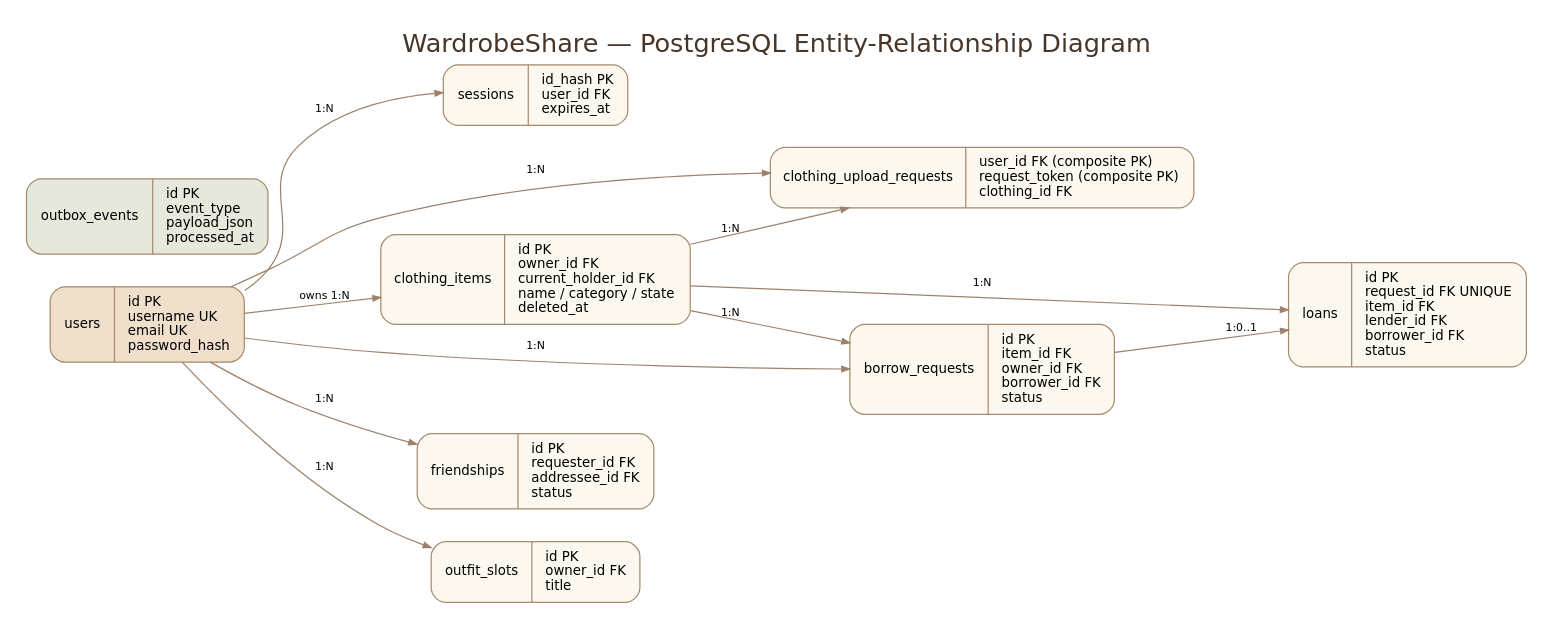
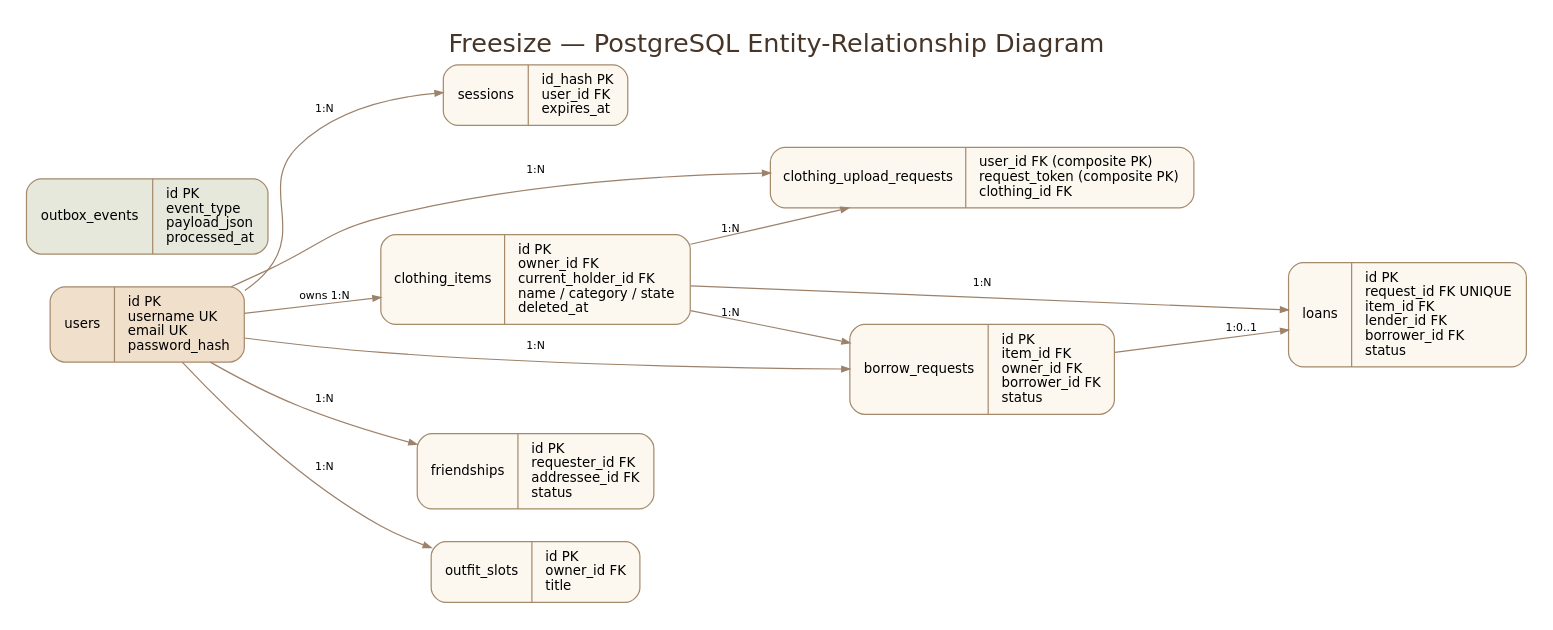
One commit to ratamon2606-create/freesize changed the diagram in docs/diagrams/sql_erd.dot. Above: the diagram before and after it, drawn with Graphviz. The commit also changed 8 other files, not shown here.

Commit message:
docs: rename diagrams from WardrobeShare to Freesize

```diff
--- a/docs/diagrams/sql_erd.dot
+++ b/docs/diagrams/sql_erd.dot
@@ -1,24 +1,24 @@
 digraph ER {
- graph [rankdir=LR, bgcolor="white", pad="0.2", nodesep="0.36", ranksep="0.7", label="WardrobeShare — PostgreSQL Entity-Relationship Diagram", labelloc=t, fontsize=21, fontname="DejaVu Sans", fontcolor="#473528"];
+ graph [rankdir=LR, bgcolor="white", pad="0.2", nodesep="0.36", ranksep="0.7", label="Freesize — PostgreSQL Entity-Relationship Diagram", labelloc=t, fontsize=21, fontname="DejaVu Sans", fontcolor="#473528"];
  node [shape=record, style="rounded,filled", fontname="DejaVu Sans",fontsize=11, color="#A58A6B", fillcolor="#FCF7EF",margin="0.15,0.1"];
  edge [color="#9D826B",arrowsize=0.65,fontsize=9,fontname="DejaVu Sans"];
  users [label="{users|id PK\lusername UK\lemail UK\lpassword_hash\l}",fillcolor="#F0DFCA"];
  sessions [label="{sessions|id_hash PK\luser_id FK\lexpires_at\l}"];
  clothing_items [label="{clothing_items|id PK\lowner_id FK\lcurrent_holder_id FK\lname / category / state\ldeleted_at\l}"];
  clothing_upload_requests [label="{clothing_upload_requests|user_id FK (composite PK)\lrequest_token (composite PK)\lclothing_id FK\l}"];
  friendships [label="{friendships|id PK\lrequester_id FK\laddressee_id FK\lstatus\l}"];
  outfit_slots [label="{outfit_slots|id PK\lowner_id FK\ltitle\l}"];
  borrow_requests [label="{borrow_requests|id PK\litem_id FK\lowner_id FK\lborrower_id FK\lstatus\l}"];
  loans [label="{loans|id PK\lrequest_id FK UNIQUE\litem_id FK\llender_id FK\lborrower_id FK\lstatus\l}"];
  outbox_events [label="{outbox_events|id PK\levent_type\lpayload_json\lprocessed_at\l}",fillcolor="#E6E8DC"];
  users -> sessions [label="1:N"];
  users -> clothing_items [label="owns 1:N"];
  users -> friendships [label="1:N"];
  users -> outfit_slots [label="1:N"];
  users -> borrow_requests [label="1:N"];
  clothing_items -> clothing_upload_requests [label="1:N"];
  users -> clothing_upload_requests [label="1:N"];
  clothing_items -> borrow_requests [label="1:N"];
  borrow_requests -> loans [label="1:0..1"];
  clothing_items -> loans [label="1:N"];
 }
```
